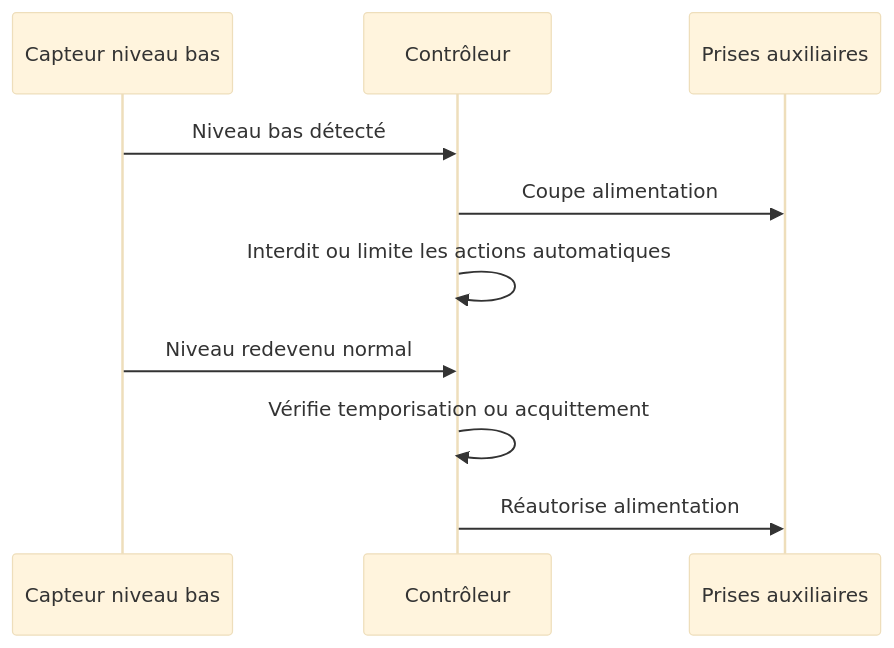
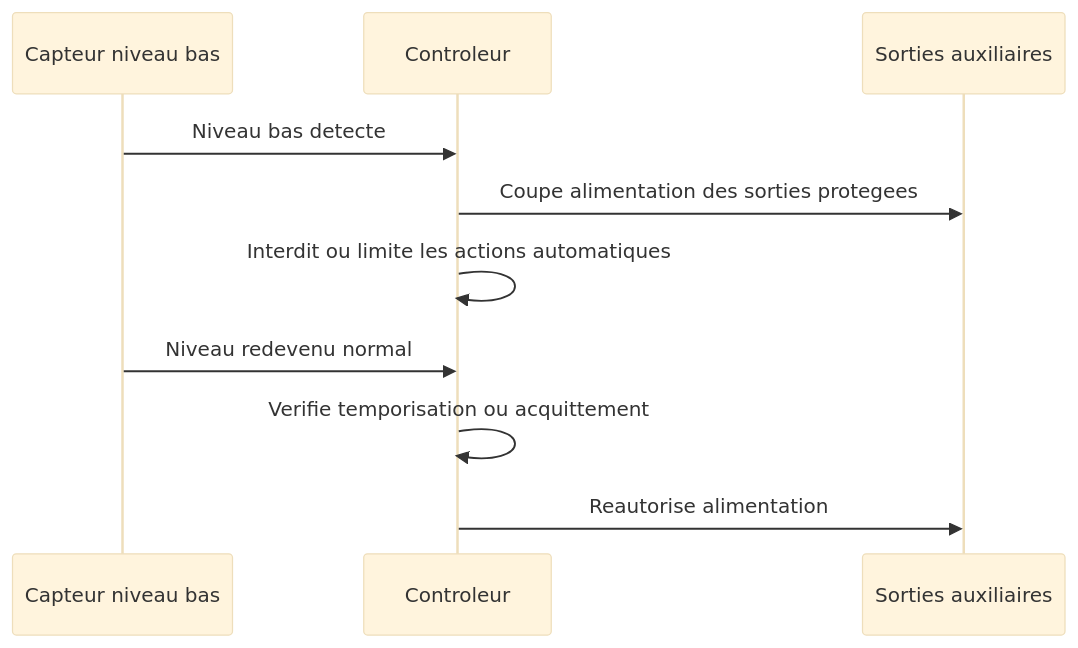
Before and after one commit to elbuey76/DrumFilterController: the third of 3 diagrams in docs/specification/02-exigences-fonctionnelles.md, drawn with Mermaid (base theme). The commit also changed other lines of this file and 8 other files, not shown here.

````diff
--- a/docs/specification/02-exigences-fonctionnelles.md
+++ b/docs/specification/02-exigences-fonctionnelles.md
@@ -76,13 +517,13 @@
 ```mermaid
 sequenceDiagram
     participant N as Capteur niveau bas
-    participant Ctrl as Contrôleur
-    participant AUX as Prises auxiliaires
+    participant Ctrl as Controleur
+    participant AUX as Sorties auxiliaires
 
-    N->>Ctrl: Niveau bas détecté
-    Ctrl->>AUX: Coupe alimentation
+    N->>Ctrl: Niveau bas detecte
+    Ctrl->>AUX: Coupe alimentation des sorties protegees
     Ctrl->>Ctrl: Interdit ou limite les actions automatiques
     N->>Ctrl: Niveau redevenu normal
-    Ctrl->>Ctrl: Vérifie temporisation ou acquittement
-    Ctrl->>AUX: Réautorise alimentation
+    Ctrl->>Ctrl: Verifie temporisation ou acquittement
+    Ctrl->>AUX: Reautorise alimentation
 ```
````
